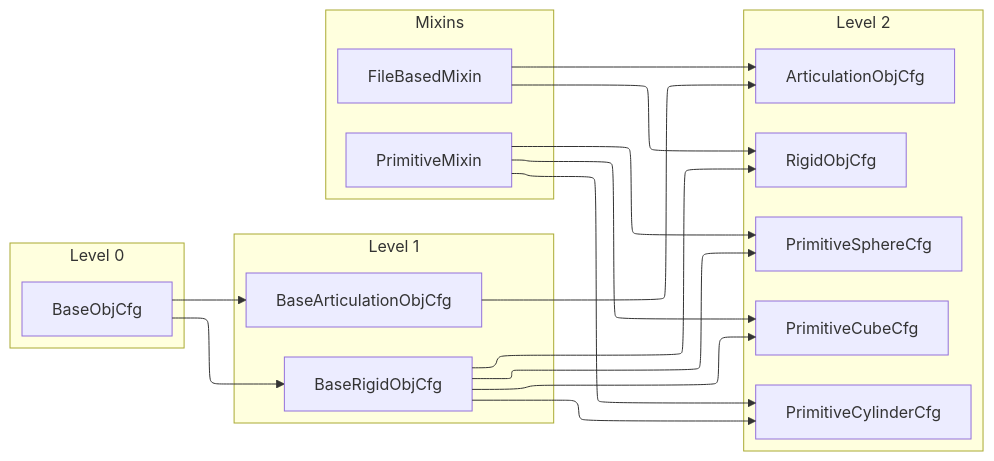
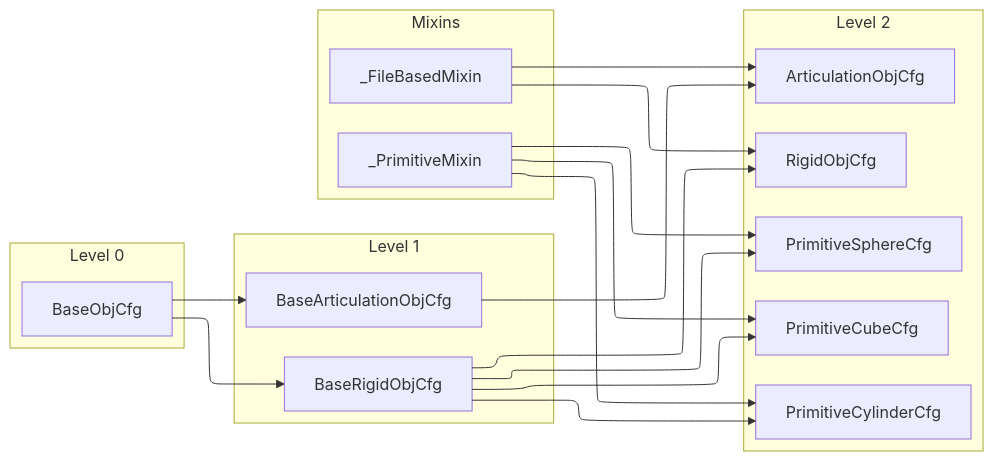
One commit to RoboVerseOrg/RoboVerse changed the diagram in docs/source/metasim/api/metasim/metasim.cfg.objects.rst. Above: the diagram before and after it, drawn with Mermaid. The commit also changed 3 other files, not shown here.

```diff
--- a/docs/source/metasim/api/metasim/metasim.cfg.objects.rst
+++ b/docs/source/metasim/api/metasim/metasim.cfg.objects.rst
@@ -6,30 +6,30 @@
 .. mermaid::
 
    %%{init: {"flowchart": {"defaultRenderer": "elk"}} }%%
    flowchart LR
    N0[BaseObjCfg]
    N11[BaseRigidObjCfg]
    N12[BaseArticulationObjCfg]
 
    subgraph "Level 0"
       N0
    end
    subgraph "Level 1"
       N11
       N12
    end
    subgraph "Level 2"
       RigidObjCfg
       ArticulationObjCfg
       PrimitiveCubeCfg & PrimitiveSphereCfg & PrimitiveCylinderCfg
    end
    subgraph "Mixins"
       direction LR
-      FileBasedMixin
-      PrimitiveMixin
+      _FileBasedMixin
+      _PrimitiveMixin
    end
 
    N0 --> N11 & N12
-   N11 & FileBasedMixin ---> RigidObjCfg
-   N12 & FileBasedMixin ---> ArticulationObjCfg
-   N11 & PrimitiveMixin ---> PrimitiveCubeCfg & PrimitiveSphereCfg & PrimitiveCylinderCfg
+   N11 & _FileBasedMixin ---> RigidObjCfg
+   N12 & _FileBasedMixin ---> ArticulationObjCfg
+   N11 & _PrimitiveMixin ---> PrimitiveCubeCfg & PrimitiveSphereCfg & PrimitiveCylinderCfg
```
